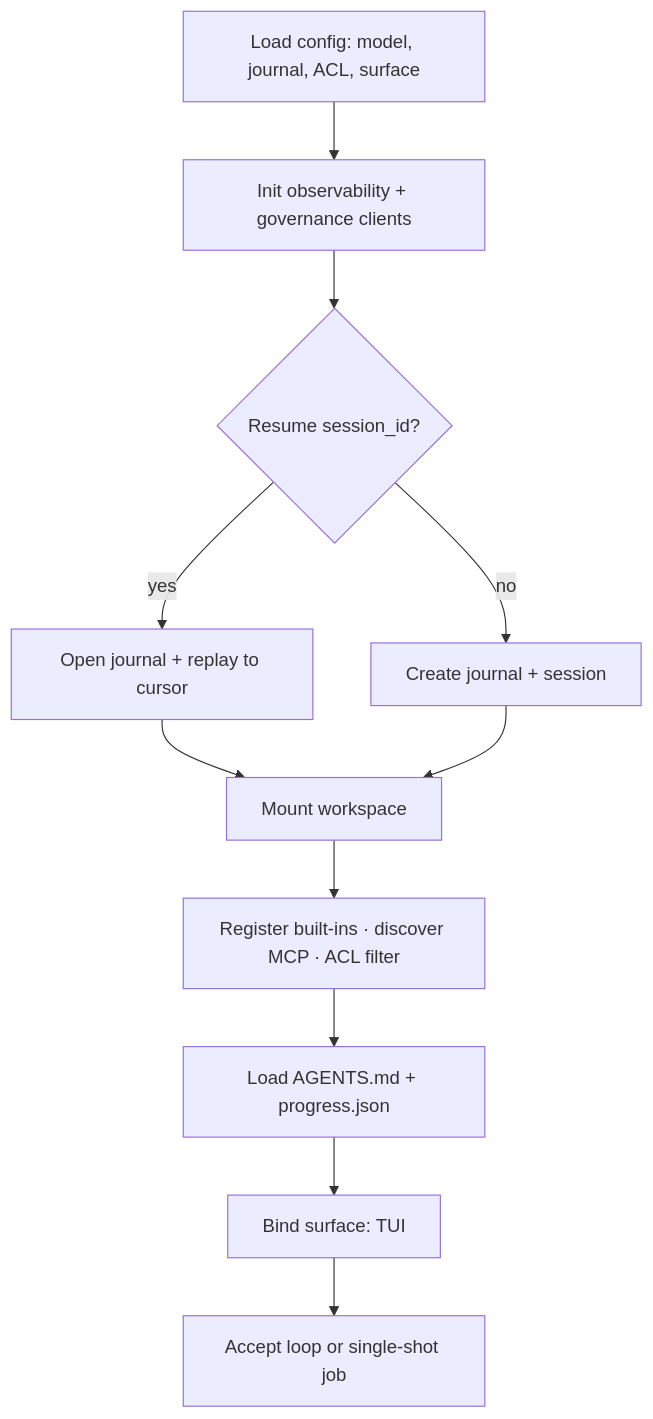
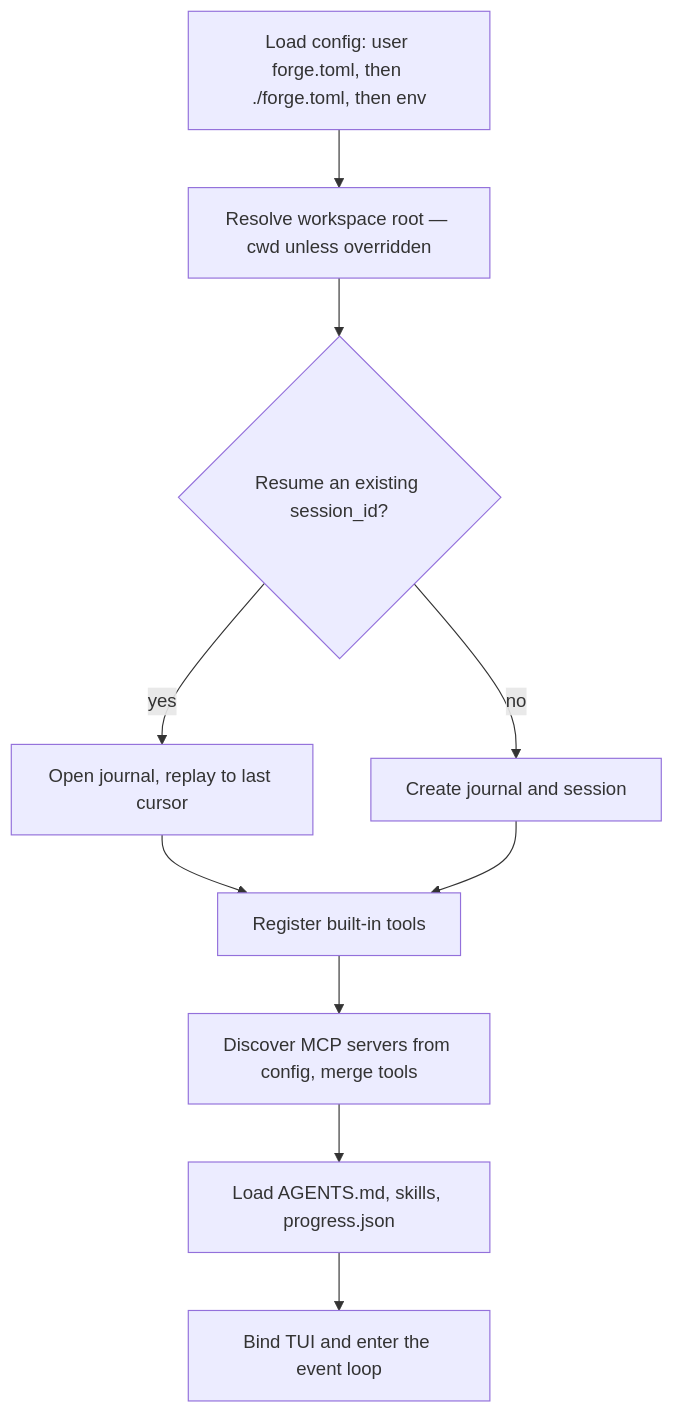
One commit to NorviaLabs/forge changed the second of 3 diagrams in docs/architecture.md. Above: the diagram before and after it, drawn with Mermaid. The commit also changed other lines of this file and 3 other files, not shown here.

First line of the commit message:
Rewrite architecture.md to describe the shipped implementation

````diff
--- a/docs/architecture.md
+++ b/docs/architecture.md
@@ -343,13 +212,12 @@
 ```mermaid
 flowchart TD
-  A[Load config: model, journal, ACL, surface] --> B[Init observability + governance clients]
-  B --> C{Resume session_id?}
-  C -->|yes| D[Open journal + replay to cursor]
-  C -->|no| E[Create journal + session]
-  D --> F[Mount workspace]
+  A["Load config: user forge.toml, then ./forge.toml, then env"] --> B["Resolve workspace root — cwd unless overridden"]
+  B --> C{"Resume an existing session_id?"}
+  C -->|yes| D["Open journal, replay to last cursor"]
+  C -->|no| E["Create journal and session"]
+  D --> F["Register built-in tools"]
   E --> F
-  F --> G[Register built-ins · discover MCP · ACL filter]
-  G --> H[Load AGENTS.md + progress.json]
-  H --> I[Bind surface: TUI]
-  I --> J[Accept loop or single-shot job]
+  F --> G["Discover MCP servers from config, merge tools"]
+  G --> H["Load AGENTS.md, skills, progress.json"]
+  H --> I["Bind TUI and enter the event loop"]
 ```
````
